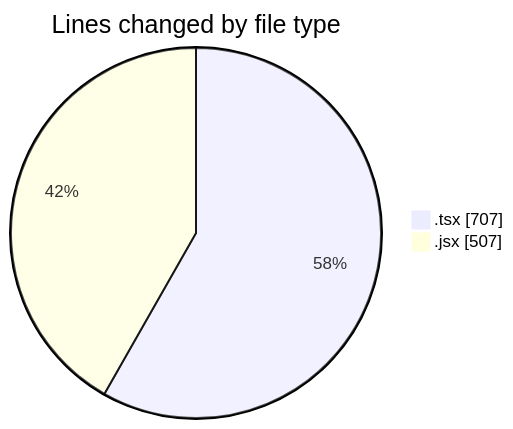
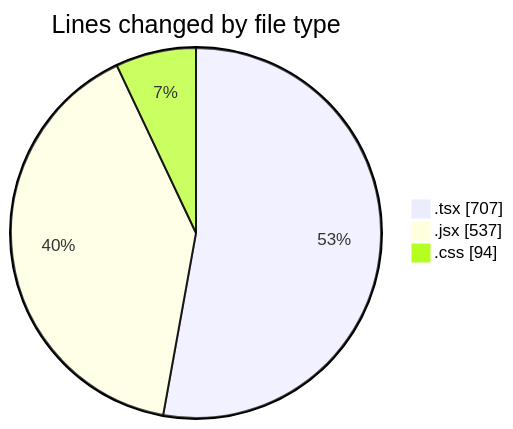
The first of 2 diagrams in 2025-02-28/termonied-web/README.md (robertbonfada/code-tracking), drawn with Mermaid before and after one commit. The commit also changed other lines of this file and 1 other file, not shown here.

````diff
--- a/2025-02-28/termonied-web/README.md
+++ b/2025-02-28/termonied-web/README.md
@@ -23,6 +24,7 @@
 ```mermaid
 pie showData
 title Lines changed by file type
 ".tsx" : 707
-".jsx" : 507
+".jsx" : 537
+".css" : 94
 ```
````
